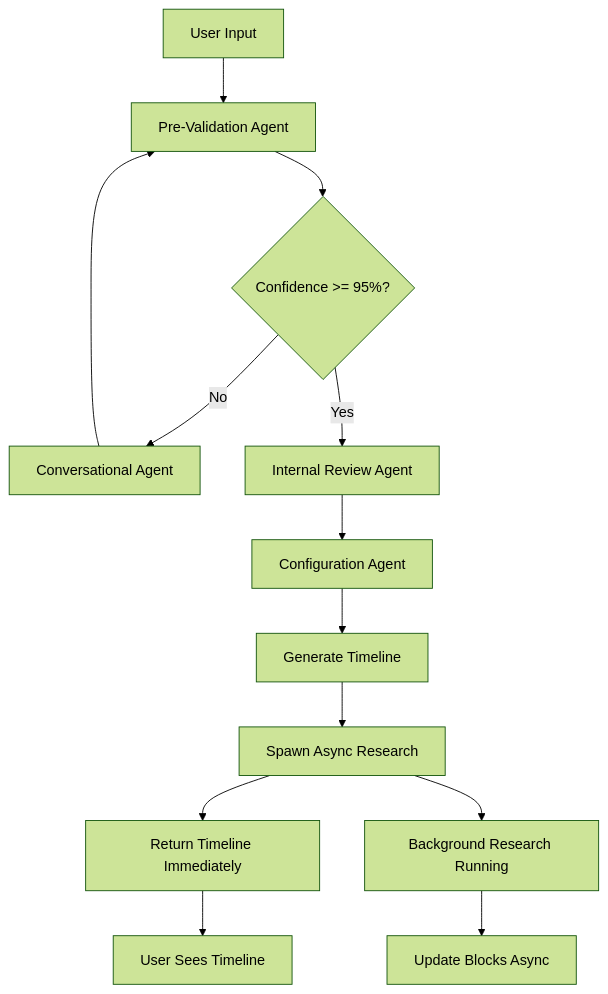
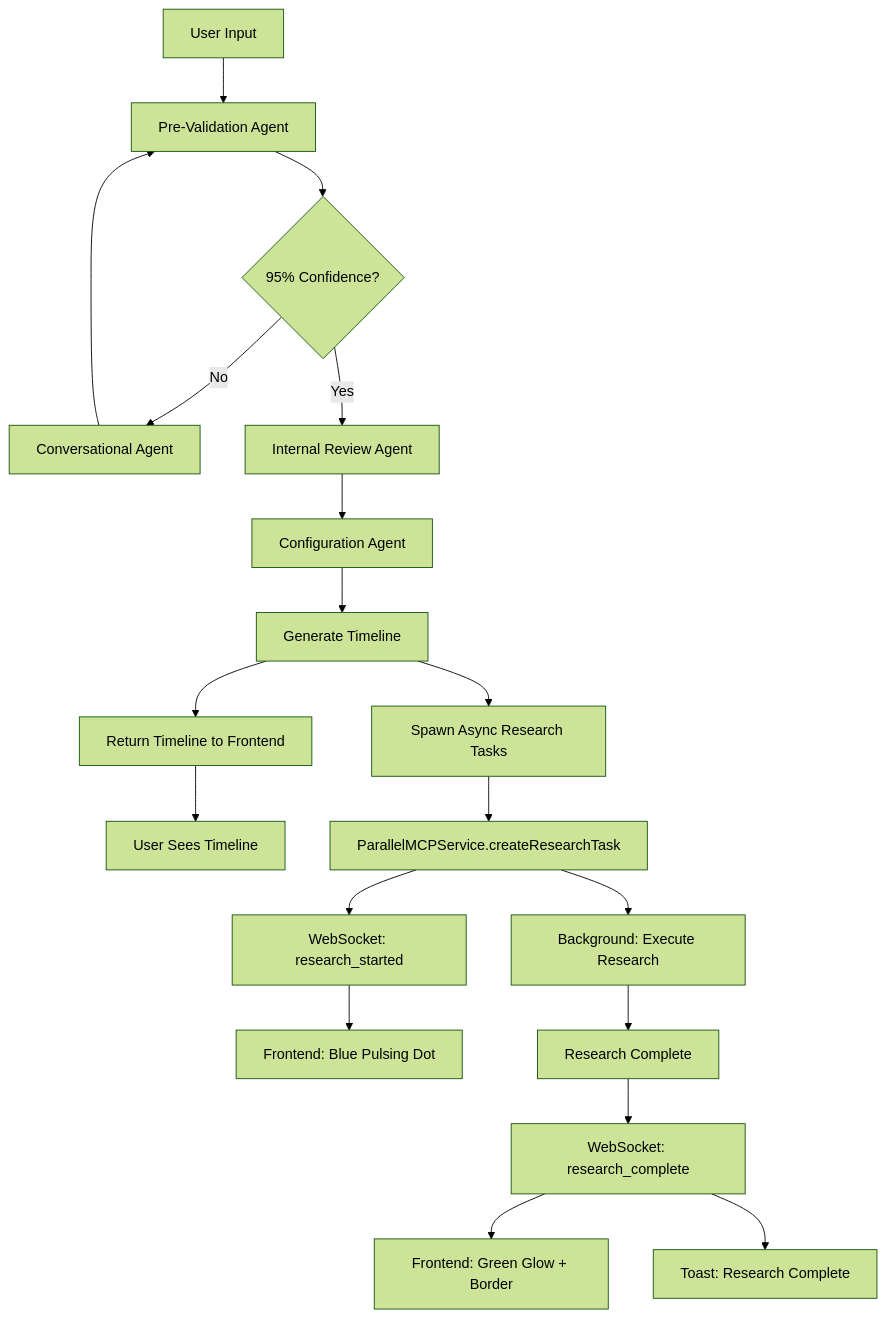
Before and after one commit to vignankamarthi/Career-Trajectory: the diagram in CURRENT_AGENT_ARCHITECTURE.md, drawn with Mermaid (forest theme). The commit also changed other lines of this file and 12 other files, not shown here.

````diff
--- a/CURRENT_AGENT_ARCHITECTURE.md
+++ b/CURRENT_AGENT_ARCHITECTURE.md
@@ -184,15 +203,21 @@
 ```mermaid
 graph TD
     A[User Input] --> B[Pre-Validation Agent]
-    B --> C{Confidence >= 95%?}
+    B --> C{95% Confidence?}
     C -->|No| D[Conversational Agent]
     D --> B
     C -->|Yes| E[Internal Review Agent]
     E --> F[Configuration Agent]
     F --> G[Generate Timeline]
-    G --> H[Spawn Async Research]
-    H --> I[Return Timeline Immediately]
-    I --> J[User Sees Timeline]
-    H --> K[Background Research Running]
-    K --> L[Update Blocks Async]
+    G --> H[Return Timeline to Frontend]
+    G --> I[Spawn Async Research Tasks]
+    H --> J[User Sees Timeline]
+    I --> K[ParallelMCPService.createResearchTask]
+    K --> L[WebSocket: research_started]
+    L --> M[Frontend: Blue Pulsing Dot]
+    K --> N[Background: Execute Research]
+    N --> O[Research Complete]
+    O --> P[WebSocket: research_complete]
+    P --> Q[Frontend: Green Glow + Border]
+    P --> R[Toast: Research Complete]
 ```
````
